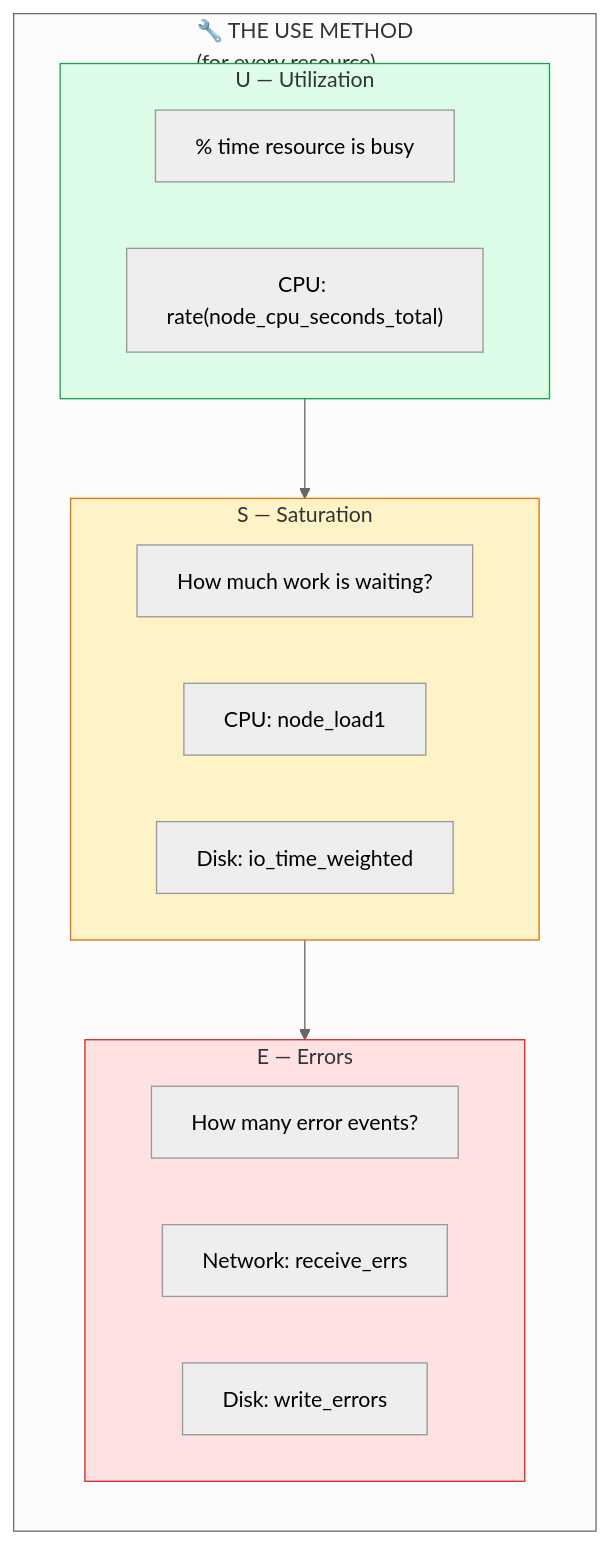
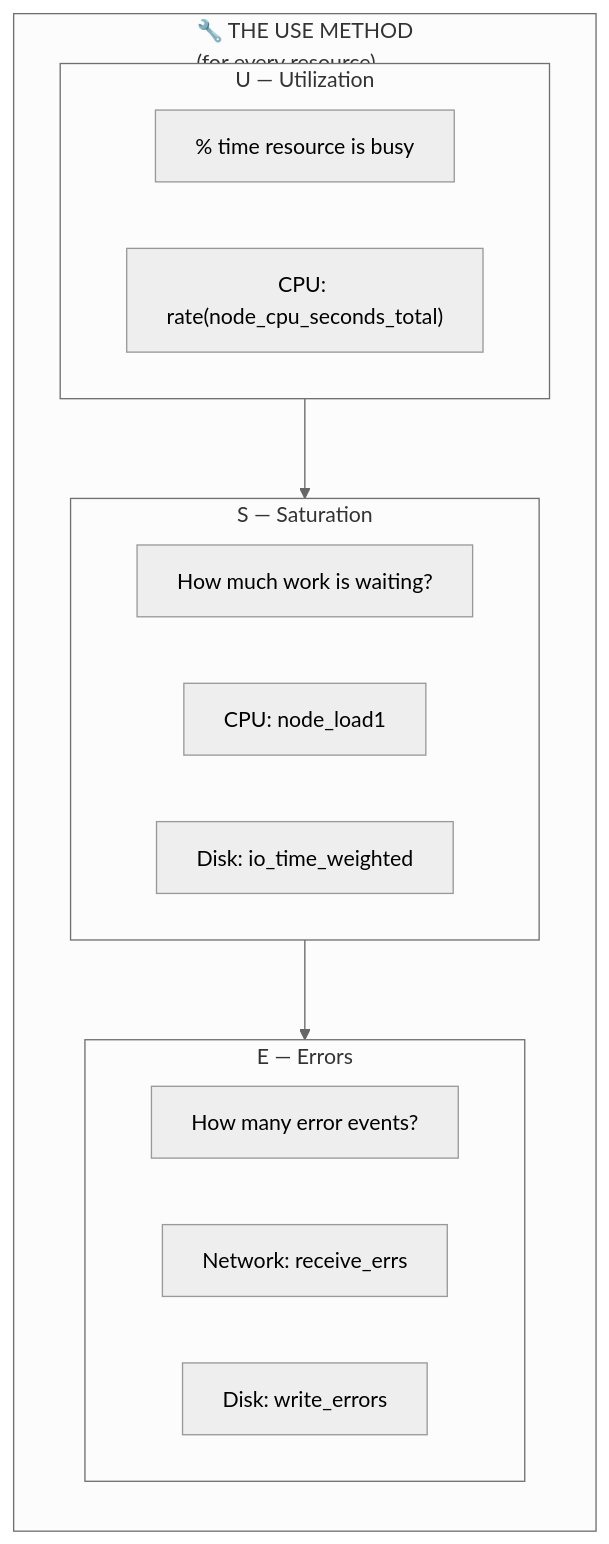
Before and after one commit to shivam-g-mishra/blog: the fourth of 4 diagrams in docs/observability/metrics.md, drawn with Mermaid (neutral theme). The commit also changed other lines of this file and 23 other files, not shown here.

First line of the commit message:
fix: improve Mermaid diagram visibility in dark mode

````diff
--- a/docs/observability/metrics.md
+++ b/docs/observability/metrics.md
@@ -477,29 +463,25 @@
 ```mermaid
 flowchart LR
     subgraph use["🔧 THE USE METHOD<br/>(for every resource)"]
         direction TB
         
         subgraph u["U — Utilization"]
             u1["% time resource is busy"]
             u2["CPU: rate(node_cpu_seconds_total)"]
         end
         
         subgraph s["S — Saturation"]
             s1["How much work is waiting?"]
             s2["CPU: node_load1"]
             s3["Disk: io_time_weighted"]
         end
         
         subgraph er["E — Errors"]
             er1["How many error events?"]
             er2["Network: receive_errs"]
             er3["Disk: write_errors"]
         end
     end
     
     u --> s --> er
-    
-    style u fill:#dcfce7,stroke:#16a34a
-    style s fill:#fef3c7,stroke:#d97706
-    style er fill:#fee2e2,stroke:#dc2626
 ```
````
